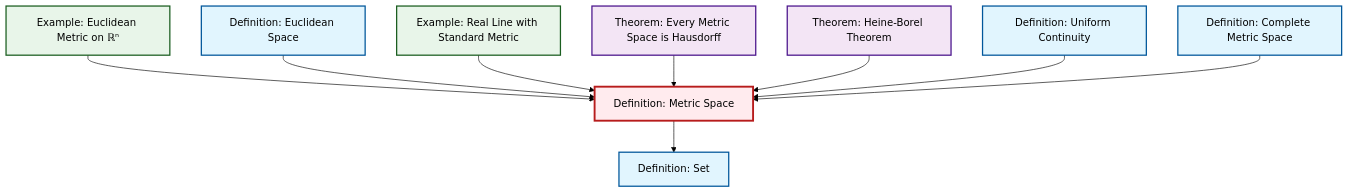
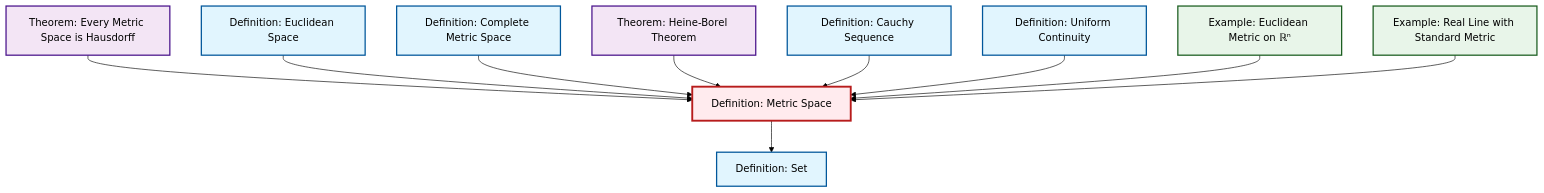
The diagram in content/ja/analysis/def-metric-space.qmd (RK0429/ModernMath), drawn with Mermaid (forest theme) before and after one commit. The commit also changed 531 other files, not shown here.

````diff
--- a/content/ja/analysis/def-metric-space.qmd
+++ b/content/ja/analysis/def-metric-space.qmd
@@ -51,35 +51,38 @@
 ```{mermaid}
 %%| fig-cap: "Local dependency graph"
 graph TD
     classDef definition fill:#e1f5fe,stroke:#01579b,stroke-width:2px
     classDef theorem fill:#f3e5f5,stroke:#4a148c,stroke-width:2px
     classDef axiom fill:#fff3e0,stroke:#e65100,stroke-width:2px
     classDef example fill:#e8f5e9,stroke:#1b5e20,stroke-width:2px
     classDef current fill:#ffebee,stroke:#b71c1c,stroke-width:3px
+    def-metric-space["Definition: Metric Space"]:::definition
+    def-set["Definition: Set"]:::definition
+    thm-metric-hausdorff["Theorem: Every Metric Space is Hausdorff"]:::theorem
+    def-euclidean-space["Definition: Euclidean Space"]:::definition
+    ex-real-line-metric["Example: Real Line with Standard Metric"]:::example
     def-uniform-continuity["Definition: Uniform Continuity"]:::definition
-    ex-real-line-metric["Example: Real Line with Standard Metric"]:::example
-    def-set["Definition: Set"]:::definition
+    ex-euclidean-metric["Example: Euclidean Metric on ℝⁿ"]:::example
+    thm-heine-borel["Theorem: Heine-Borel Theorem"]:::theorem
+    def-cauchy-sequence["Definition: Cauchy Sequence"]:::definition
     def-complete-metric-space["Definition: Complete Metric Space"]:::definition
-    def-euclidean-space["Definition: Euclidean Space"]:::definition
-    thm-metric-hausdorff["Theorem: Every Metric Space is Hausdorff"]:::theorem
-    def-metric-space["Definition: Metric Space"]:::definition
-    thm-heine-borel["Theorem: Heine-Borel Theorem"]:::theorem
-    ex-euclidean-metric["Example: Euclidean Metric on ℝⁿ"]:::example
-    ex-euclidean-metric --> def-metric-space
+    thm-metric-hausdorff --> def-metric-space
     def-metric-space --> def-set
     def-euclidean-space --> def-metric-space
+    def-complete-metric-space --> def-metric-space
+    thm-heine-borel --> def-metric-space
+    def-cauchy-sequence --> def-metric-space
+    def-uniform-continuity --> def-metric-space
+    ex-euclidean-metric --> def-metric-space
     ex-real-line-metric --> def-metric-space
-    thm-metric-hausdorff --> def-metric-space
-    thm-heine-borel --> def-metric-space
-    def-uniform-continuity --> def-metric-space
-    def-complete-metric-space --> def-metric-space
     class def-metric-space current
+    click def-set "def-set.html" "Definition: Setへ"
+    click thm-metric-hausdorff "thm-metric-hausdorff.html" "Theorem: Every Metric Space is Hausdorffへ"
+    click def-euclidean-space "def-euclidean-space.html" "Definition: Euclidean Spaceへ"
+    click ex-real-line-metric "ex-real-line-metric.html" "Example: Real Line with Standard Metricへ"
     click def-uniform-continuity "def-uniform-continuity.html" "Definition: Uniform Continuityへ"
-    click ex-real-line-metric "ex-real-line-metric.html" "Example: Real Line with Standard Metricへ"
-    click def-set "def-set.html" "Definition: Setへ"
+    click ex-euclidean-metric "ex-euclidean-metric.html" "Example: Euclidean Metric on ℝⁿへ"
+    click thm-heine-borel "thm-heine-borel.html" "Theorem: Heine-Borel Theoremへ"
+    click def-cauchy-sequence "def-cauchy-sequence.html" "Definition: Cauchy Sequenceへ"
     click def-complete-metric-space "def-complete-metric-space.html" "Definition: Complete Metric Spaceへ"
-    click def-euclidean-space "def-euclidean-space.html" "Definition: Euclidean Spaceへ"
-    click thm-metric-hausdorff "thm-metric-hausdorff.html" "Theorem: Every Metric Space is Hausdorffへ"
-    click thm-heine-borel "thm-heine-borel.html" "Theorem: Heine-Borel Theoremへ"
-    click ex-euclidean-metric "ex-euclidean-metric.html" "Example: Euclidean Metric on ℝⁿへ"
 ```
````
